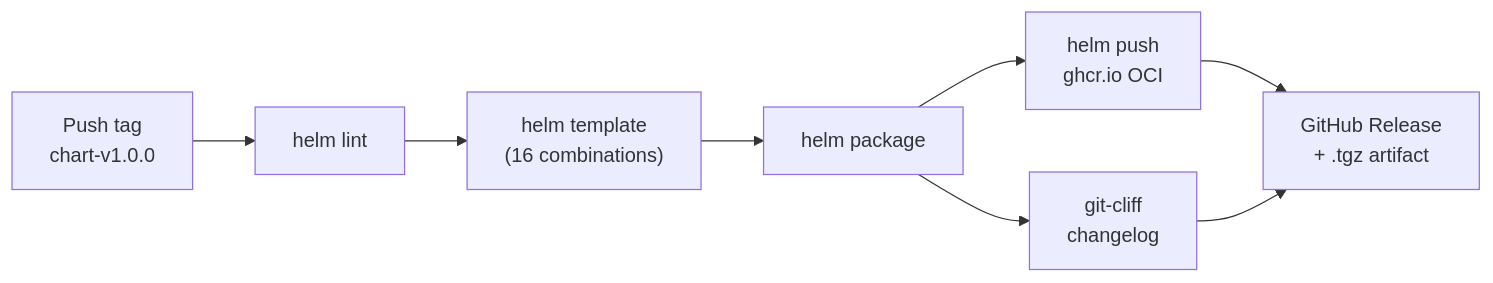
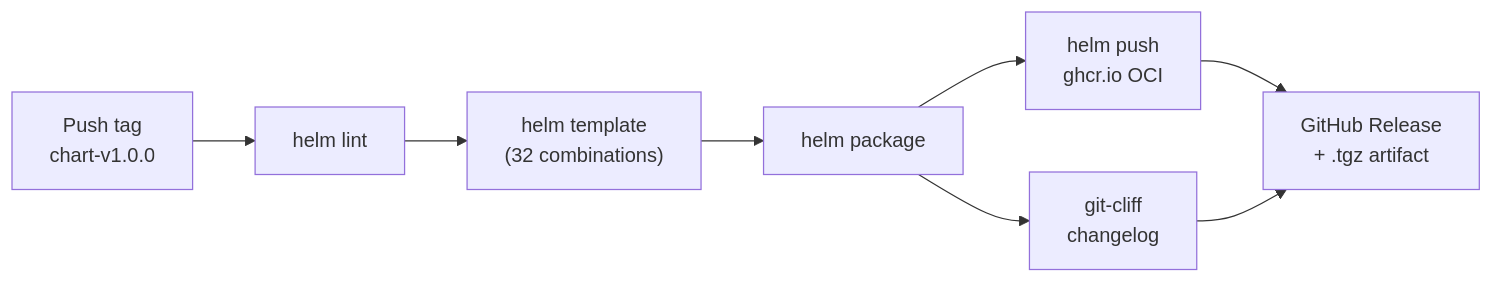
Before and after one commit to Vinny1892/octantis: the fourth of 4 diagrams in docs/tech-specs/tech-spec-004-helm-chart.md, drawn with Mermaid. The commit also changed other lines of this file and 24 other files, not shown here.

````diff
--- a/docs/tech-specs/tech-spec-004-helm-chart.md
+++ b/docs/tech-specs/tech-spec-004-helm-chart.md
@@ -719,10 +768,10 @@
 ```mermaid
 flowchart LR
     TAG["Push tag<br/>chart-v1.0.0"] --> LINT["helm lint"]
-    LINT --> TEMPLATE["helm template<br/>(16 combinations)"]
+    LINT --> TEMPLATE["helm template<br/>(32 combinations)"]
     TEMPLATE --> PACKAGE["helm package"]
     PACKAGE --> PUSH["helm push<br/>ghcr.io OCI"]
     PACKAGE --> CLIFF["git-cliff<br/>changelog"]
     PUSH --> RELEASE["GitHub Release<br/>+ .tgz artifact"]
     CLIFF --> RELEASE
 ```
````
